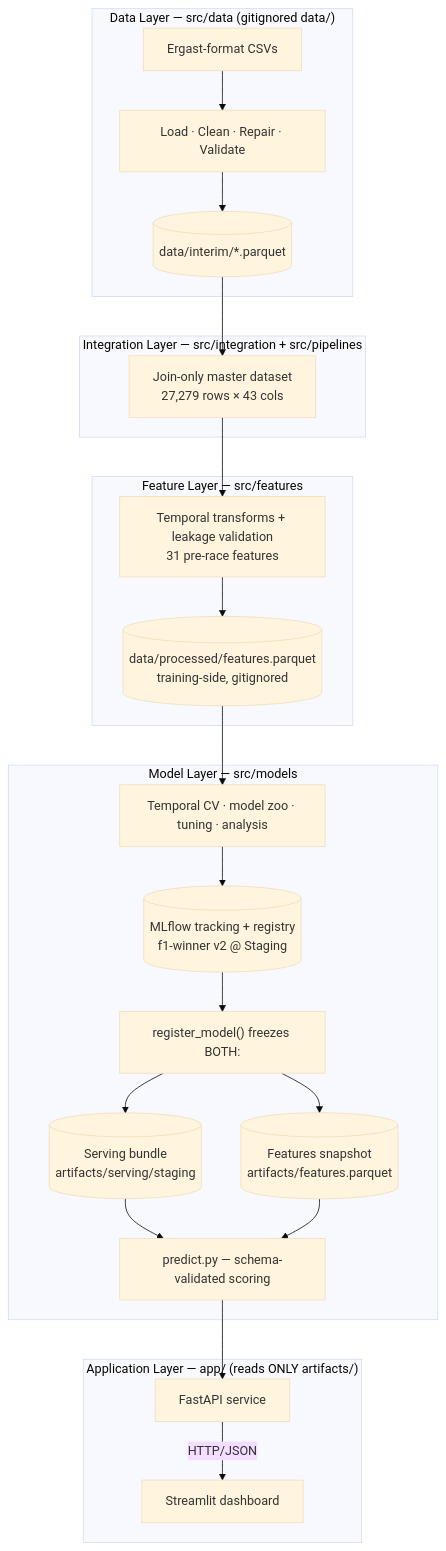
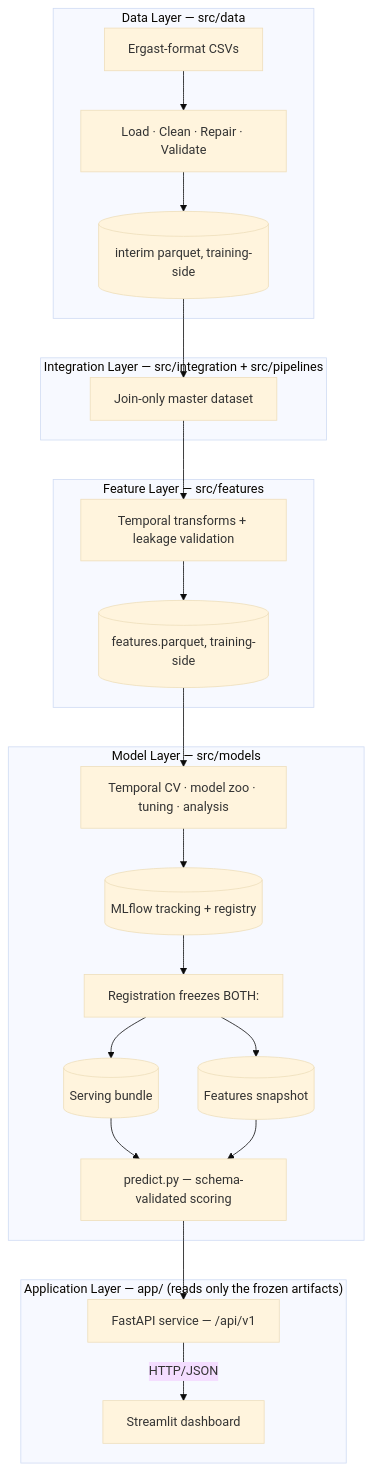
The diagram in README.md (Aditya5309/f1-race-intelligence-platform), drawn with Mermaid (base theme) before and after one commit. The commit also changed other lines of this file and 6 other files, not shown here.

````diff
--- a/README.md
+++ b/README.md
@@ -89,27 +94,27 @@
 ```mermaid
 flowchart TB
-    subgraph DATA["Data Layer — src/data (gitignored data/)"]
+    subgraph DATA["Data Layer — src/data"]
         A[Ergast-format CSVs] --> B[Load · Clean · Repair · Validate]
-        B --> C[(data/interim/*.parquet)]
+        B --> C[(interim parquet, training-side)]
     end
     subgraph INT["Integration Layer — src/integration + src/pipelines"]
-        C --> D[Join-only master dataset<br/>27,279 rows × 43 cols]
+        C --> D[Join-only master dataset]
     end
     subgraph FEAT["Feature Layer — src/features"]
-        D --> E[Temporal transforms + leakage validation<br/>31 pre-race features]
-        E --> F[(data/processed/features.parquet<br/>training-side, gitignored)]
+        D --> E[Temporal transforms + leakage validation]
+        E --> F[(features.parquet, training-side)]
     end
     subgraph MODEL["Model Layer — src/models"]
         F --> G[Temporal CV · model zoo · tuning · analysis]
-        G --> H[(MLflow tracking + registry<br/>f1-winner v2 @ Staging)]
-        H --> H2["register_model() freezes BOTH:"]
-        H2 --> RB[(Serving bundle<br/>artifacts/serving/staging)]
-        H2 --> RF[(Features snapshot<br/>artifacts/features.parquet)]
+        G --> H[(MLflow tracking + registry)]
+        H --> H2["Registration freezes BOTH:"]
+        H2 --> RB[(Serving bundle)]
+        H2 --> RF[(Features snapshot)]
         RB --> I[predict.py — schema-validated scoring]
         RF --> I
     end
-    subgraph APP["Application Layer — app/ (reads ONLY artifacts/)"]
-        I --> J[FastAPI service]
+    subgraph APP["Application Layer — app/ (reads only the frozen artifacts)"]
+        I --> J[FastAPI service — /api/v1]
         J -->|HTTP/JSON| K[Streamlit dashboard]
     end
 ```
````
